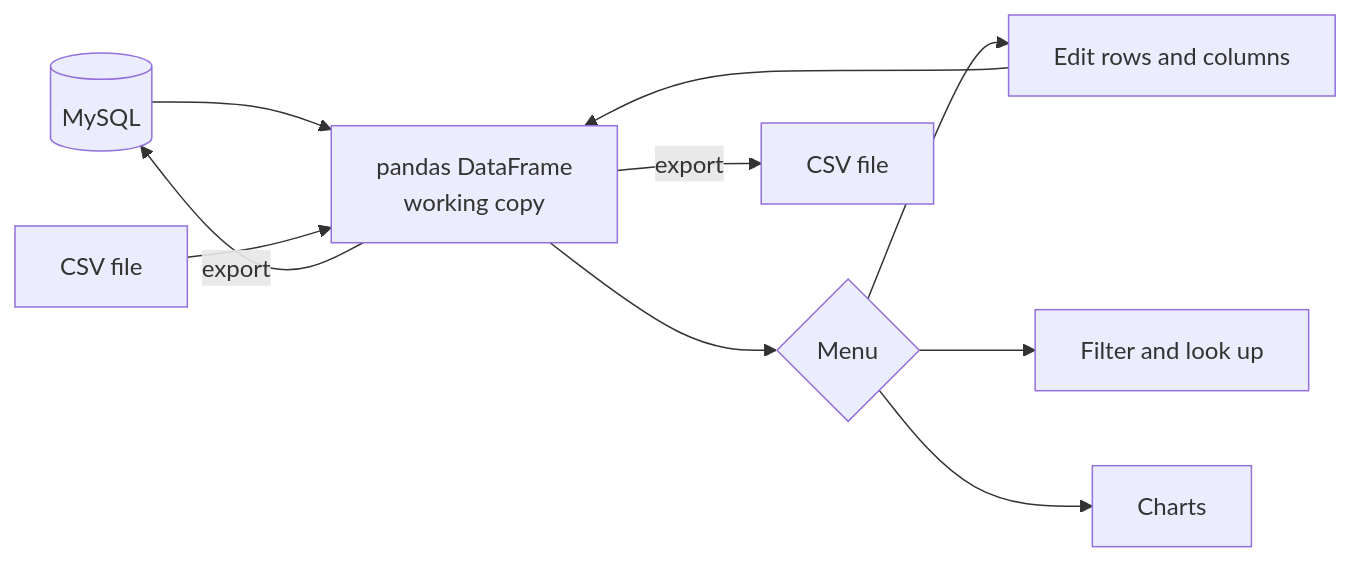
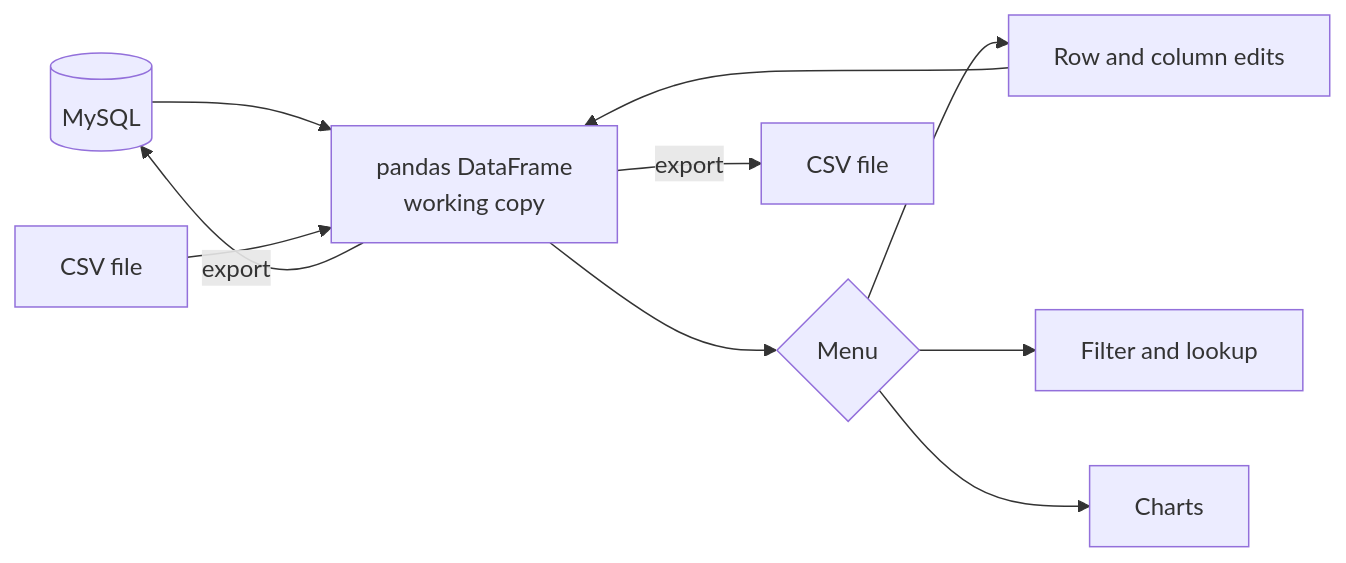
Before and after one commit to aryansajiv19/Automobile-Management-System: the diagram in README.md, drawn with Mermaid. The commit also changed other lines of this file, not shown here.

````diff
--- a/README.md
+++ b/README.md
@@ -36,12 +42,12 @@
 ```mermaid
 flowchart LR
     DB[(MySQL)] --> DF[pandas DataFrame<br/>working copy]
     CSV[CSV file] --> DF
     DF --> M{Menu}
-    M --> E[Edit rows and columns]
-    M --> Q[Filter and look up]
+    M --> E[Row and column edits]
+    M --> Q[Filter and lookup]
     M --> C[Charts]
     E --> DF
     DF -- export --> DB
     DF -- export --> OUT[CSV file]
 ```
````
